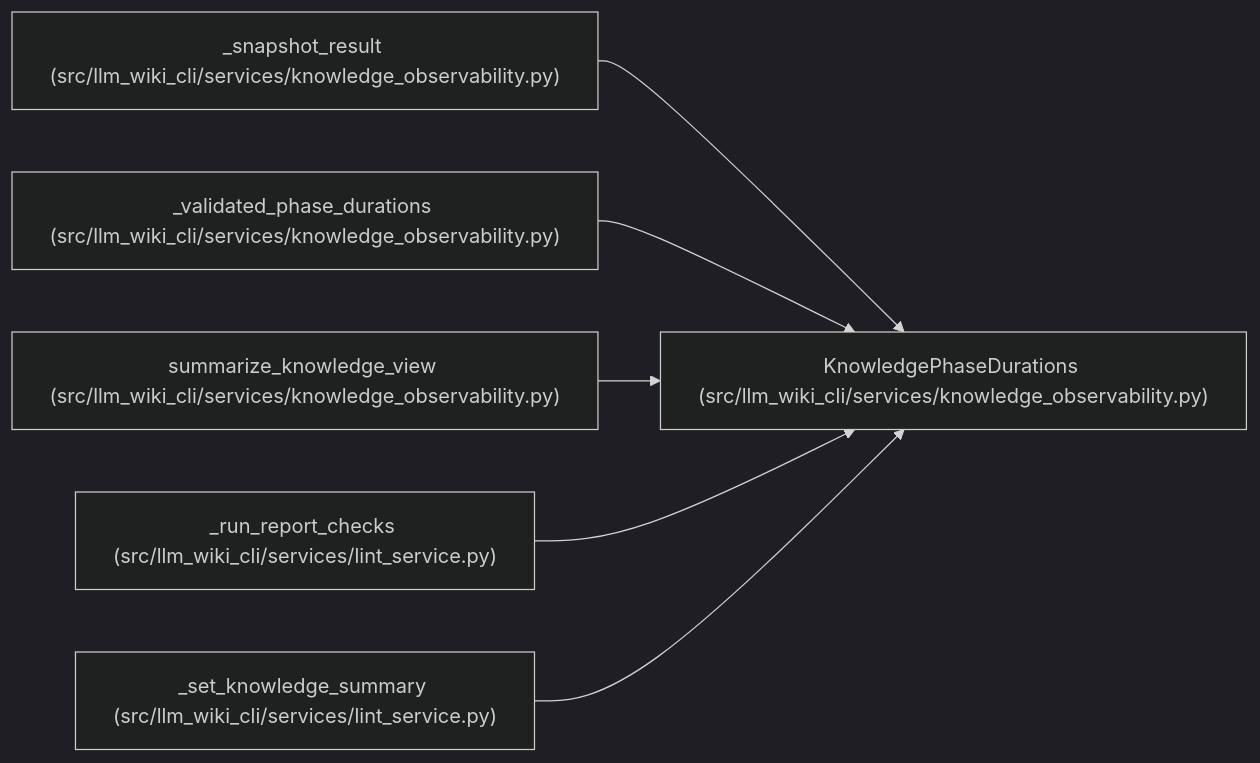
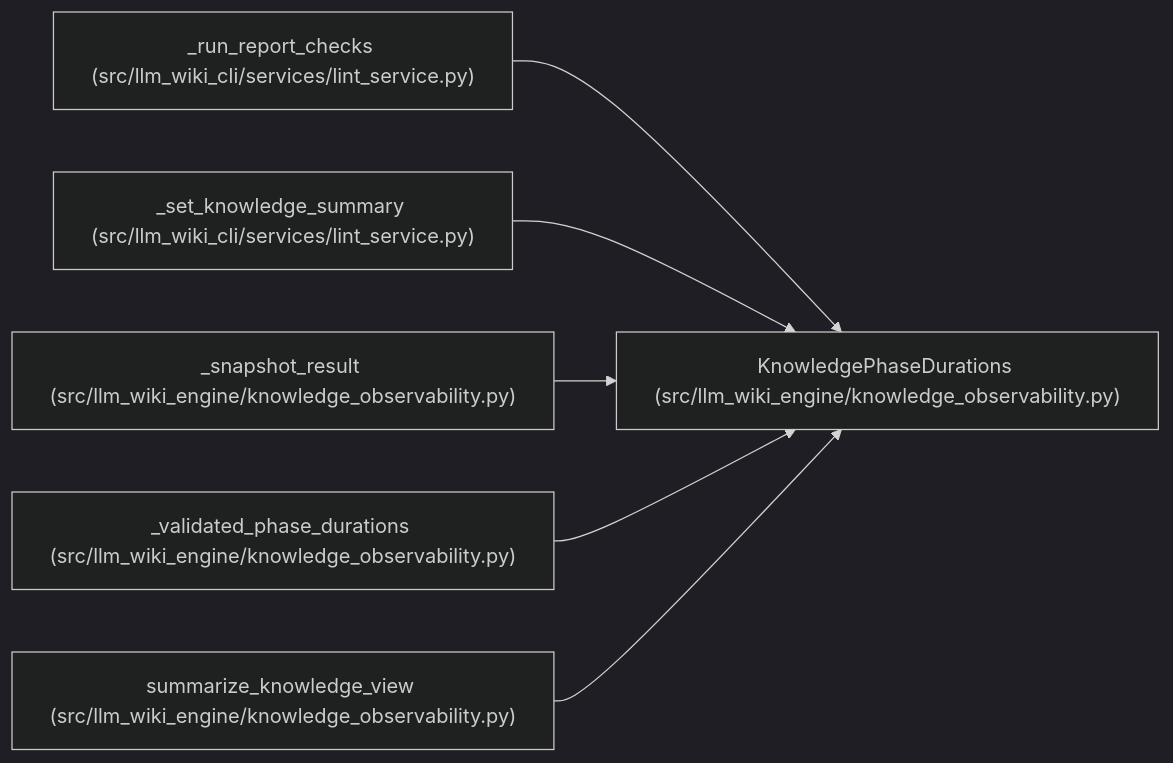
One commit to Denissvgn/python-wiki-llm changed the diagram in docs/llm_wiki/entities/KnowledgePhaseDurations.md. Above: the diagram before and after it, drawn with Mermaid (dark theme). The commit also changed other lines of this file and 1058 other files, not shown here.

First line of the commit message:
docs: refresh the wiki for the knowledge store move

````diff
--- a/docs/llm_wiki/entities/KnowledgePhaseDurations.md
+++ b/docs/llm_wiki/entities/KnowledgePhaseDurations.md
@@ -35,20 +35,20 @@
 ```mermaid
 flowchart LR
-    n0["KnowledgePhaseDurations (src/llm_wiki_cli/services/knowledge_observability.py)"]
-    n1["_snapshot_result (src/llm_wiki_cli/services/knowledge_observability.py)"]
-    n2["_validated_phase_durations (src/llm_wiki_cli/services/knowledge_observability.py)"]
-    n3["summarize_knowledge_view (src/llm_wiki_cli/services/knowledge_observability.py)"]
-    n4["_run_report_checks (src/llm_wiki_cli/services/lint_service.py)"]
-    n5["_set_knowledge_summary (src/llm_wiki_cli/services/lint_service.py)"]
+    n0["KnowledgePhaseDurations (src/llm_wiki_engine/knowledge_observability.py)"]
+    n1["_run_report_checks (src/llm_wiki_cli/services/lint_service.py)"]
+    n2["_set_knowledge_summary (src/llm_wiki_cli/services/lint_service.py)"]
+    n3["_snapshot_result (src/llm_wiki_engine/knowledge_observability.py)"]
+    n4["_validated_phase_durations (src/llm_wiki_engine/knowledge_observability.py)"]
+    n5["summarize_knowledge_view (src/llm_wiki_engine/knowledge_observability.py)"]
     n1 --> n0
     n2 --> n0
     n3 --> n0
     n4 --> n0
     n5 --> n0
     click n0 "../modules/knowledge_observability.md"
-    click n1 "../modules/knowledge_observability.md"
-    click n2 "../modules/knowledge_observability.md"
+    click n1 "../modules/lint_service.md"
+    click n2 "../modules/lint_service.md"
     click n3 "../modules/knowledge_observability.md"
-    click n4 "../modules/lint_service.md"
-    click n5 "../modules/lint_service.md"
+    click n4 "../modules/knowledge_observability.md"
+    click n5 "../modules/knowledge_observability.md"
 ```
````
